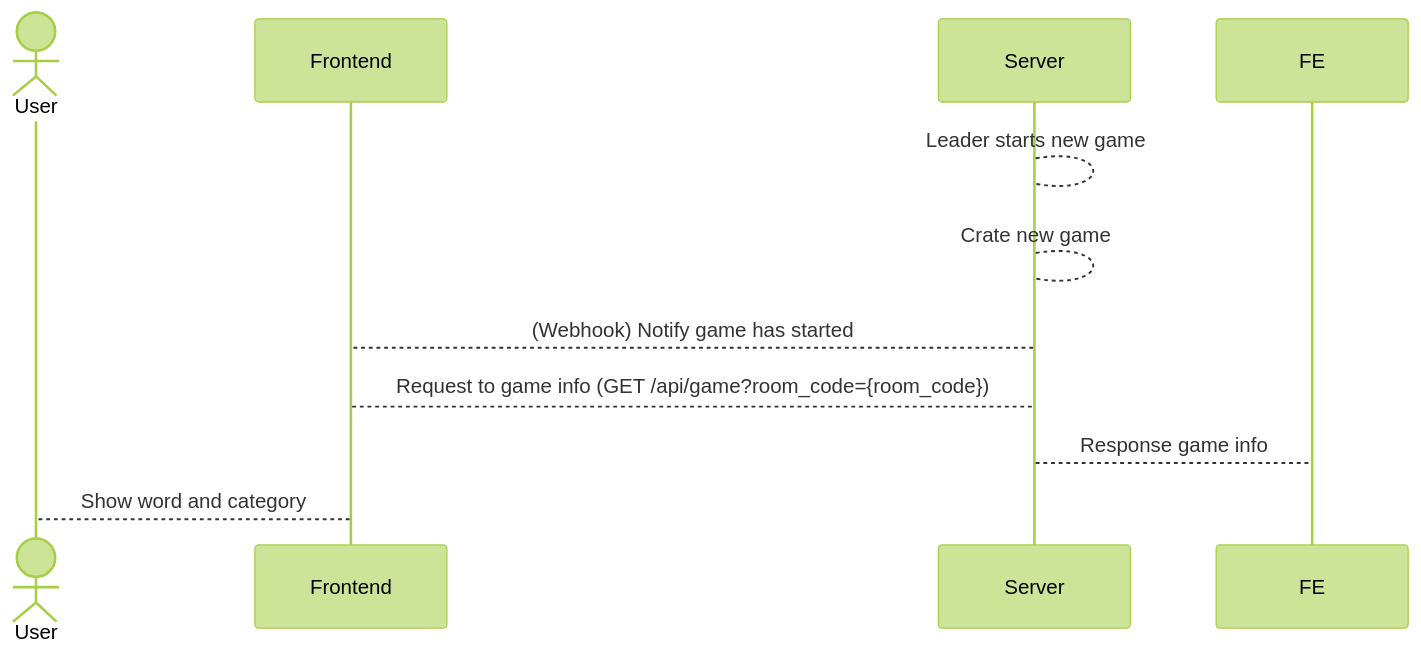
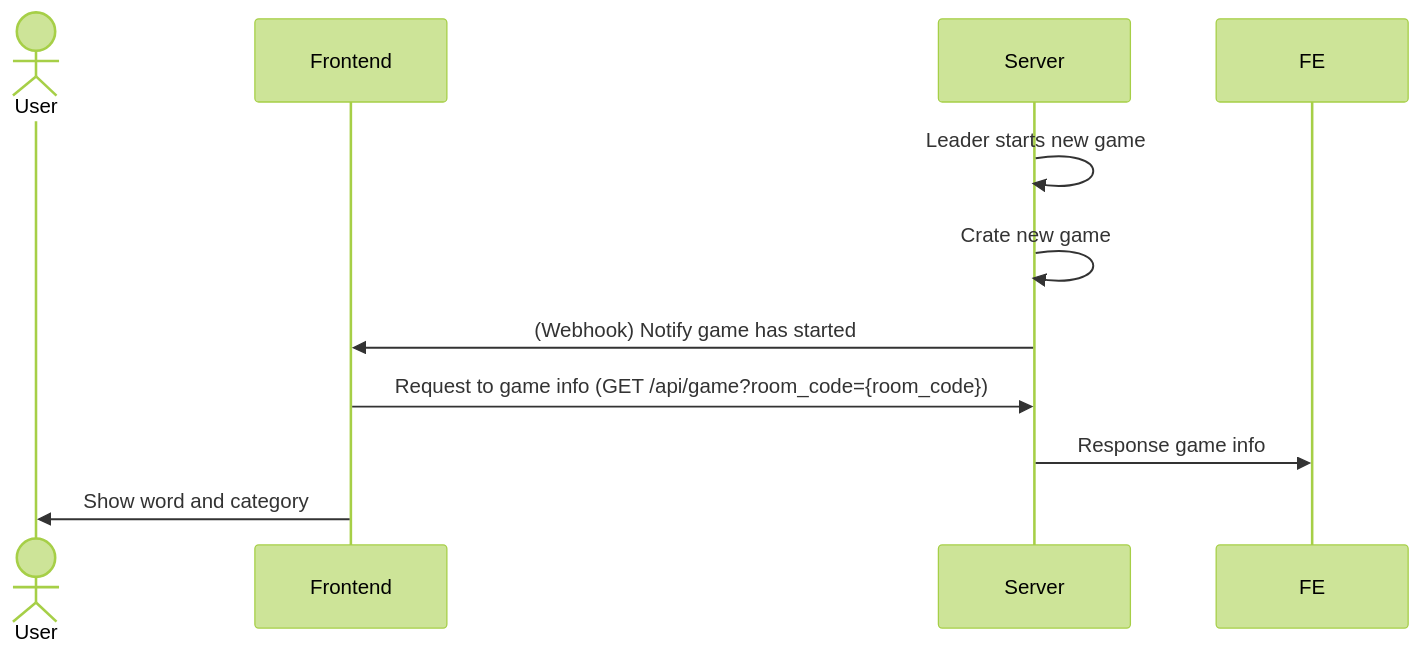
Before and after one commit to youngcha-lab/liar-game: the diagram in liar-game-app/docs/user_start_game.md, drawn with Mermaid (forest theme). The commit also changed 5 other files, not shown here.

````diff
--- a/liar-game-app/docs/user_start_game.md
+++ b/liar-game-app/docs/user_start_game.md
@@ -1,13 +1,13 @@
 ```mermaid
 sequenceDiagram
 actor user as User
 participant fe as Frontend
 participant server as Server
 
-server --> server: Leader starts new game
-server --> server: Crate new game
-server --> fe: (Webhook) Notify game has started
-fe --> server: Request to game info (GET /api/game?room_code={room_code})
-server --> FE: Response game info
-fe --> user: Show word and category
+server ->> server: Leader starts new game
+server ->> server: Crate new game
+server ->> fe: (Webhook) Notify game has started
+fe ->> server: Request to game info (GET /api/game?room_code={room_code})
+server ->> FE: Response game info
+fe ->> user: Show word and category
 ```
````
